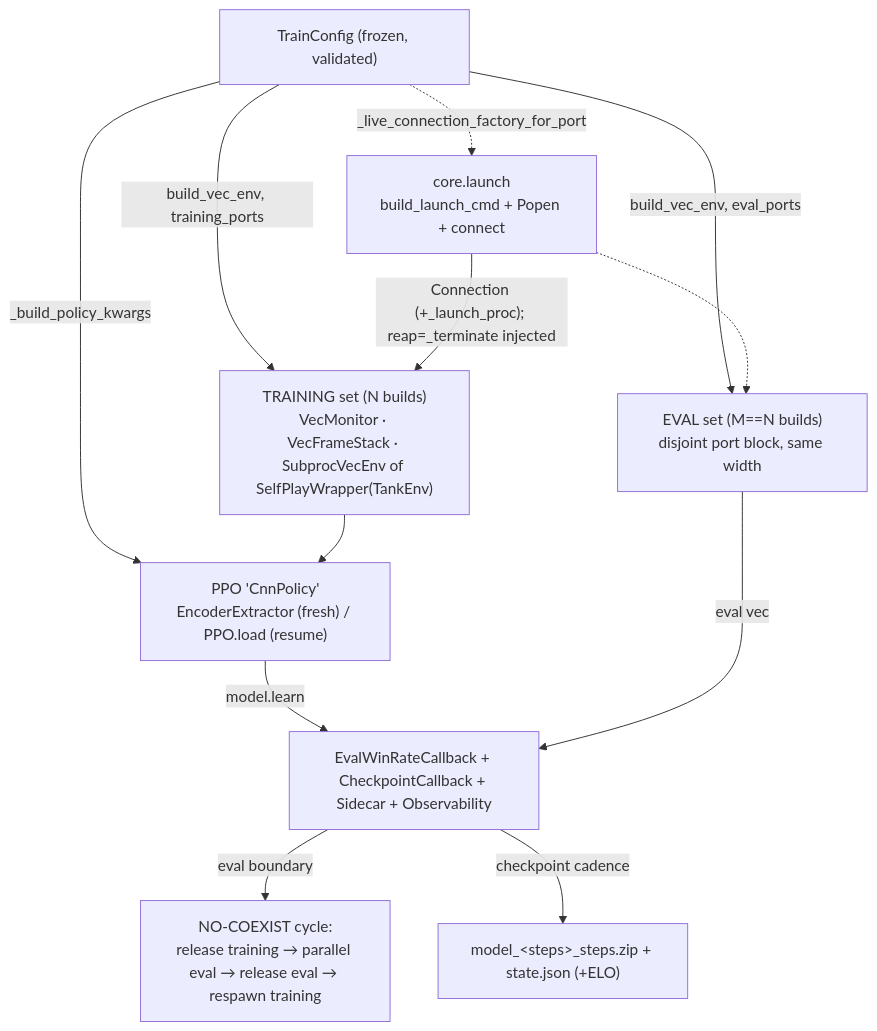
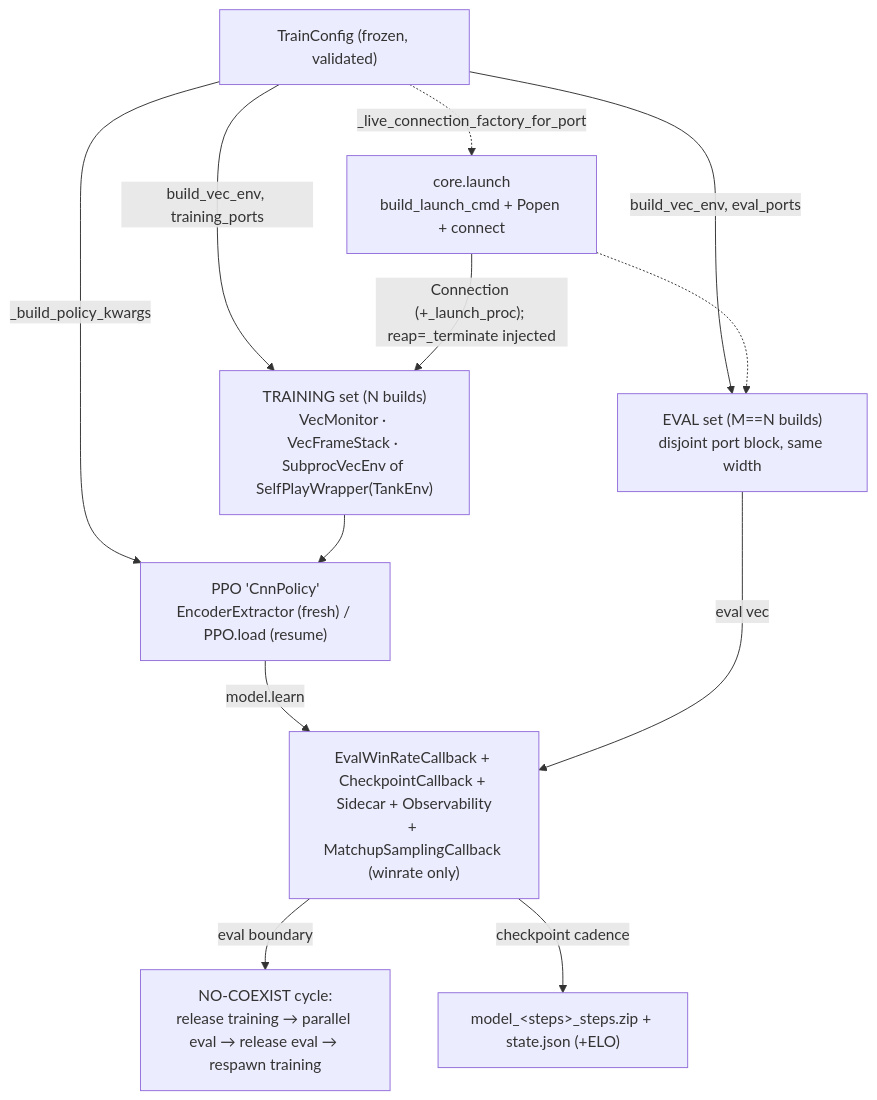
Before and after one commit to urciuolim/TankTwinStickShooter: the first of 2 diagrams in docs/components/rl.md, drawn with Mermaid. The commit also changed other lines of this file and 9 other files, not shown here.

First line of the commit message:
feat(rl): win-rate-based (opponent x map) matchup sampling (--matchup-sampling winrate)

````diff
--- a/docs/components/rl.md
+++ b/docs/components/rl.md
@@ -42,15 +49,15 @@
 ```mermaid
 graph TD
     cfg["TrainConfig (frozen, validated)"]
     cfg -->|"build_vec_env, training_ports"| tvec["TRAINING set (N builds)<br/>VecMonitor · VecFrameStack · SubprocVecEnv of SelfPlayWrapper(TankEnv)"]
     cfg -->|"build_vec_env, eval_ports"| evec["EVAL set (M==N builds)<br/>disjoint port block, same width"]
     cfg -.->|_live_connection_factory_for_port| launch["core.launch<br/>build_launch_cmd + Popen + connect"]
     launch -->|"Connection (+_launch_proc); reap=_terminate injected"| tvec
     launch -.-> evec
     cfg -->|_build_policy_kwargs| ppo["PPO 'CnnPolicy'<br/>EncoderExtractor (fresh) / PPO.load (resume)"]
     tvec --> ppo
-    ppo -->|model.learn| cbs["EvalWinRateCallback + CheckpointCallback + Sidecar + Observability"]
+    ppo -->|model.learn| cbs["EvalWinRateCallback + CheckpointCallback + Sidecar + Observability<br/>+ MatchupSamplingCallback (winrate only)"]
     evec -->|eval vec| cbs
     cbs -->|"eval boundary"| cycle["NO-COEXIST cycle:<br/>release training → parallel eval → release eval → respawn training"]
     cbs -->|checkpoint cadence| ckpt["model_&lt;steps&gt;_steps.zip + state.json (+ELO)"]
 ```
````
